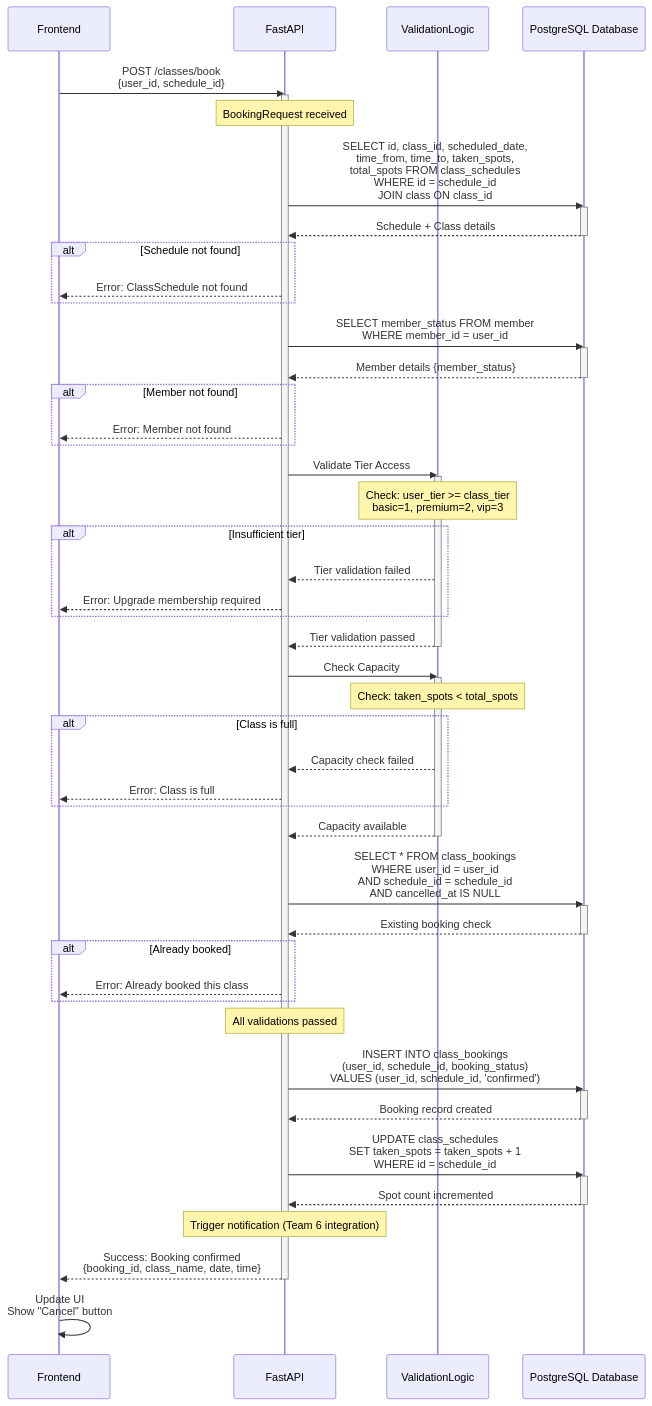
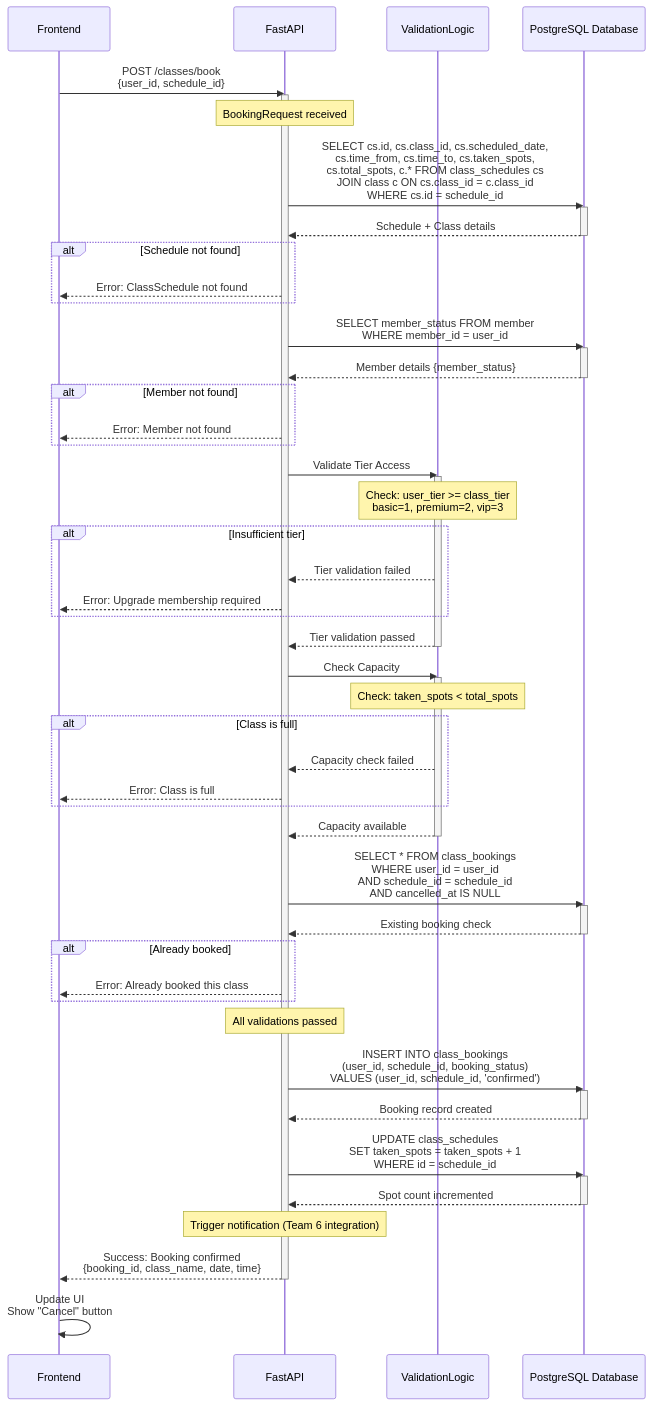
The diagram in sequence_diagram.md (saishameh/CPS714-Section3), drawn with Mermaid before and after one commit. The commit also changed 1 other file, not shown here.

Commit message:
Fix SQL JOIN syntax and UML relationship semantics

````diff
--- a/sequence_diagram.md
+++ b/sequence_diagram.md
@@ -5,80 +5,80 @@
 ```mermaid
 sequenceDiagram
     participant Frontend
     participant FastAPI
     participant ValidationLogic
     participant DB as PostgreSQL Database
 
     Frontend->>FastAPI: POST /classes/book<br/>{user_id, schedule_id}
     
     activate FastAPI
     Note over FastAPI: BookingRequest received
     
-    FastAPI->>DB: SELECT id, class_id, scheduled_date,<br/>time_from, time_to, taken_spots,<br/>total_spots FROM class_schedules<br/>WHERE id = schedule_id<br/>JOIN class ON class_id
+    FastAPI->>DB: SELECT cs.id, cs.class_id, cs.scheduled_date,<br/>cs.time_from, cs.time_to, cs.taken_spots,<br/>cs.total_spots, c.* FROM class_schedules cs<br/>JOIN class c ON cs.class_id = c.class_id<br/>WHERE cs.id = schedule_id
     activate DB
     DB-->>FastAPI: Schedule + Class details
     deactivate DB
     
     alt Schedule not found
         FastAPI-->>Frontend: Error: ClassSchedule not found
     end
     
     FastAPI->>DB: SELECT member_status FROM member<br/>WHERE member_id = user_id
     activate DB
     DB-->>FastAPI: Member details {member_status}
     deactivate DB
     
     alt Member not found
         FastAPI-->>Frontend: Error: Member not found
     end
     
     FastAPI->>ValidationLogic: Validate Tier Access
     activate ValidationLogic
     Note over ValidationLogic: Check: user_tier >= class_tier<br/>basic=1, premium=2, vip=3
     
     alt Insufficient tier
         ValidationLogic-->>FastAPI: Tier validation failed
         FastAPI-->>Frontend: Error: Upgrade membership required
     end
     ValidationLogic-->>FastAPI: Tier validation passed
     deactivate ValidationLogic
     
     FastAPI->>ValidationLogic: Check Capacity
     activate ValidationLogic
     Note over ValidationLogic: Check: taken_spots < total_spots
     
     alt Class is full
         ValidationLogic-->>FastAPI: Capacity check failed
         FastAPI-->>Frontend: Error: Class is full
     end
     ValidationLogic-->>FastAPI: Capacity available
     deactivate ValidationLogic
     
     FastAPI->>DB: SELECT * FROM class_bookings<br/>WHERE user_id = user_id<br/>AND schedule_id = schedule_id<br/>AND cancelled_at IS NULL
     activate DB
     DB-->>FastAPI: Existing booking check
     deactivate DB
     
     alt Already booked
         FastAPI-->>Frontend: Error: Already booked this class
     end
     
     Note over FastAPI: All validations passed
     
     FastAPI->>DB: INSERT INTO class_bookings<br/>(user_id, schedule_id, booking_status)<br/>VALUES (user_id, schedule_id, 'confirmed')
     activate DB
     DB-->>FastAPI: Booking record created
     deactivate DB
     
     FastAPI->>DB: UPDATE class_schedules<br/>SET taken_spots = taken_spots + 1<br/>WHERE id = schedule_id
     activate DB
     DB-->>FastAPI: Spot count incremented
     deactivate DB
     
     Note over FastAPI: Trigger notification (Team 6 integration)
     
     FastAPI-->>Frontend: Success: Booking confirmed<br/>{booking_id, class_name, date, time}
     deactivate FastAPI
     
     Frontend->>Frontend: Update UI<br/>Show "Cancel" button
 ```
````
